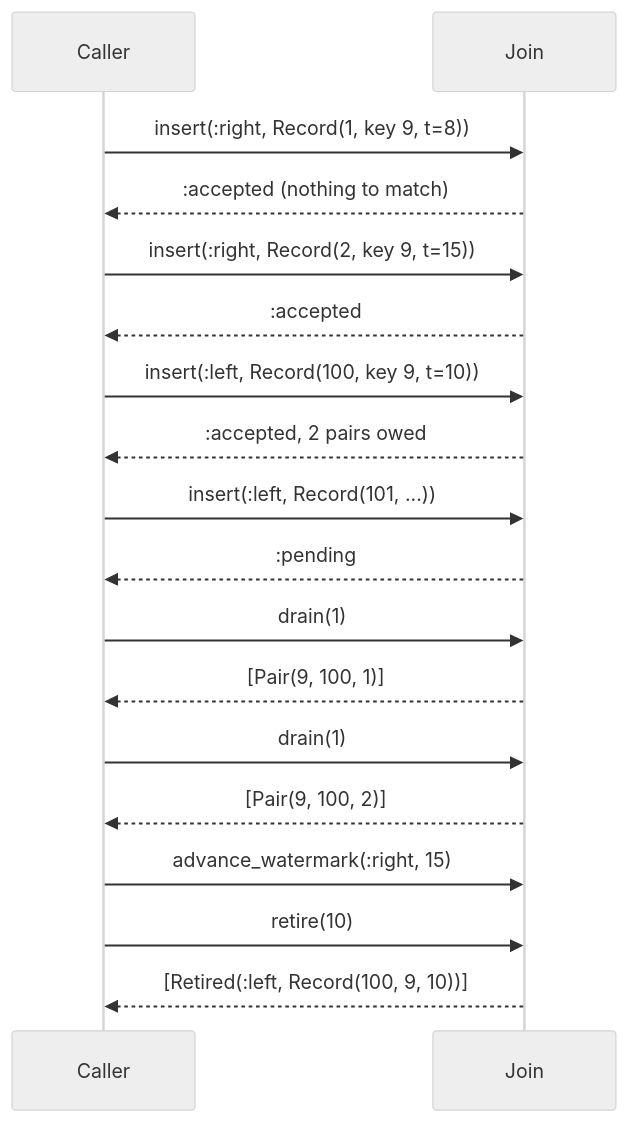
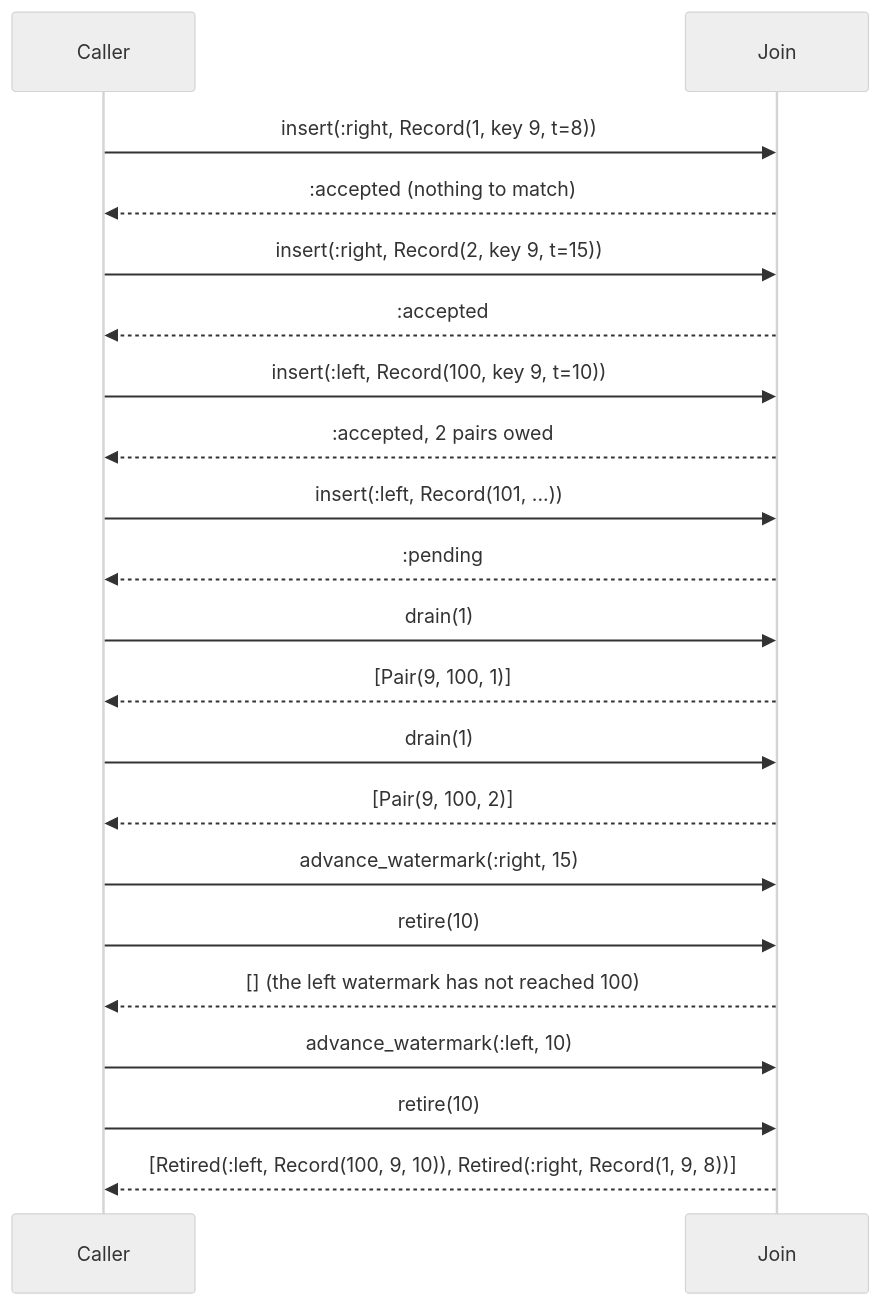
The second of 2 diagrams in README.md (seuros/join_machines), drawn with Mermaid (neutral theme) before and after one commit. The commit also changed other lines of this file and 12 other files, not shown here.

````diff
--- a/README.md
+++ b/README.md
@@ -87,21 +88,24 @@
 ```mermaid
 sequenceDiagram
     participant C as Caller
     participant J as Join
 
     C->>J: insert(:right, Record(1, key 9, t=8))
     J-->>C: :accepted (nothing to match)
     C->>J: insert(:right, Record(2, key 9, t=15))
     J-->>C: :accepted
     C->>J: insert(:left, Record(100, key 9, t=10))
     J-->>C: :accepted, 2 pairs owed
     C->>J: insert(:left, Record(101, ...))
     J-->>C: :pending
     C->>J: drain(1)
     J-->>C: [Pair(9, 100, 1)]
     C->>J: drain(1)
     J-->>C: [Pair(9, 100, 2)]
     C->>J: advance_watermark(:right, 15)
     C->>J: retire(10)
-    J-->>C: [Retired(:left, Record(100, 9, 10))]
+    J-->>C: [] (the left watermark has not reached 100)
+    C->>J: advance_watermark(:left, 10)
+    C->>J: retire(10)
+    J-->>C: [Retired(:left, Record(100, 9, 10)), Retired(:right, Record(1, 9, 8))]
 ```
````
